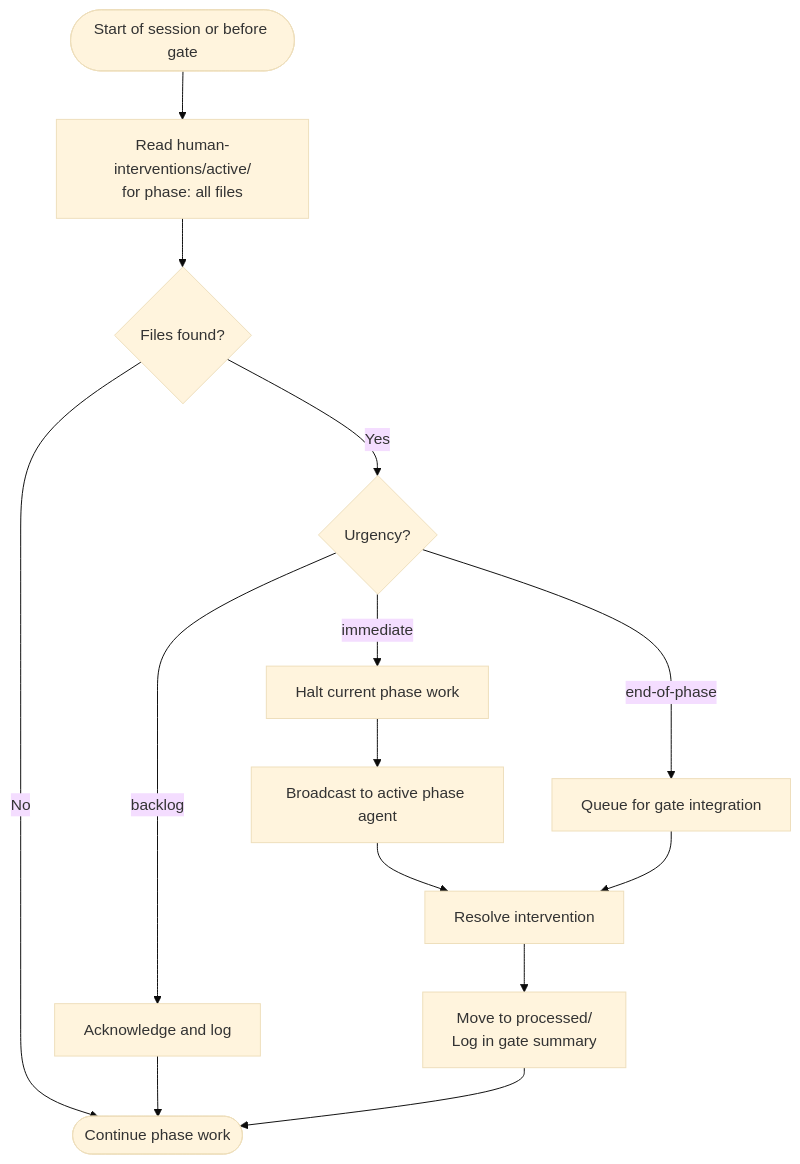
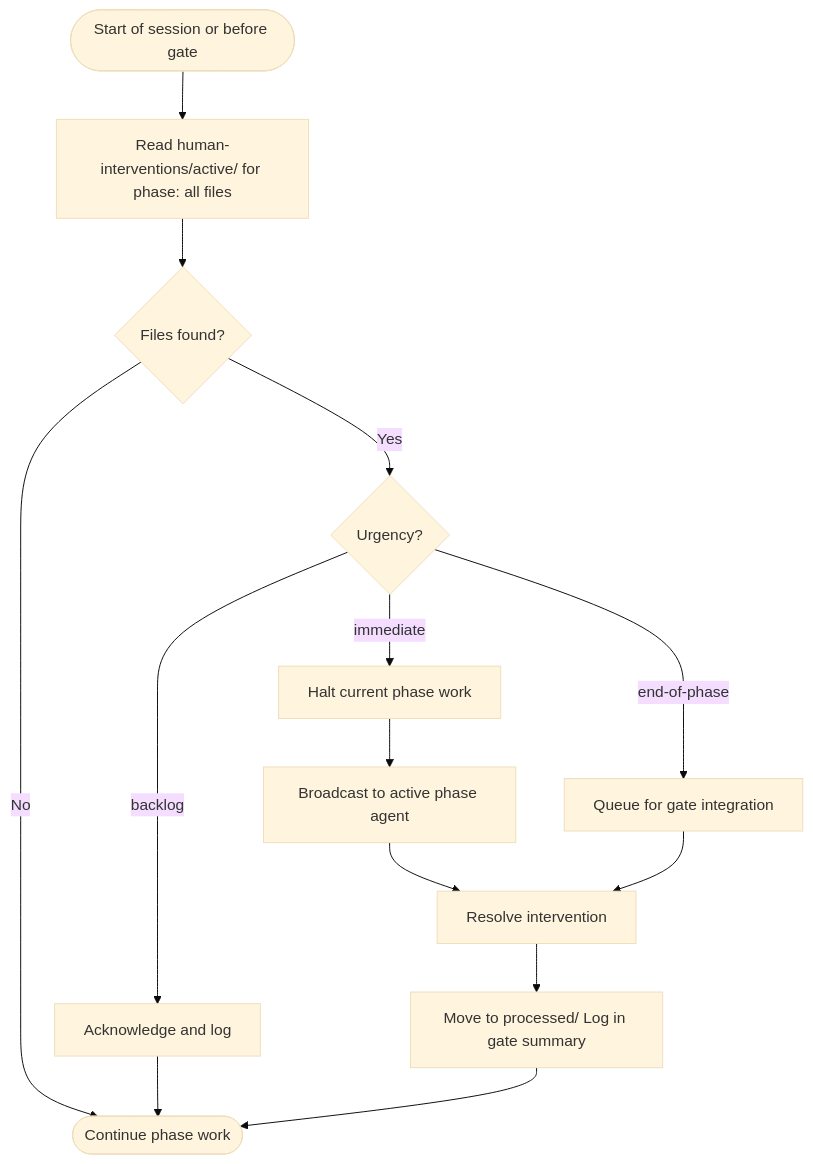
The second of 2 diagrams in .cursor/skills/00-product-workflow/SKILL.md (ivanyeors/product-agentic-templates), drawn with Mermaid (base theme) before and after one commit. The commit also changed other lines of this file and 39 other files, not shown here.

````diff
--- a/.cursor/skills/00-product-workflow/SKILL.md
+++ b/.cursor/skills/00-product-workflow/SKILL.md
@@ -188,16 +261,16 @@
 ```mermaid
 flowchart TD
-    start([Start of session or before gate]) --> check[Read human-interventions/active/\nfor phase: all files]
+    start([Start of session or before gate]) --> check[Read human-interventions/active/ for phase: all files]
     check --> found{Files found?}
     found -->|No| proceed([Continue phase work])
     found -->|Yes| urgency{Urgency?}
     urgency -->|immediate| halt[Halt current phase work]
     urgency -->|end-of-phase| queue[Queue for gate integration]
     urgency -->|backlog| log[Acknowledge and log]
     halt --> broadcast[Broadcast to active phase agent]
     broadcast --> resolve[Resolve intervention]
     queue --> resolve
     log --> proceed
-    resolve --> archive[Move to processed/\nLog in gate summary]
+    resolve --> archive[Move to processed/ Log in gate summary]
     archive --> proceed
 ```
````
